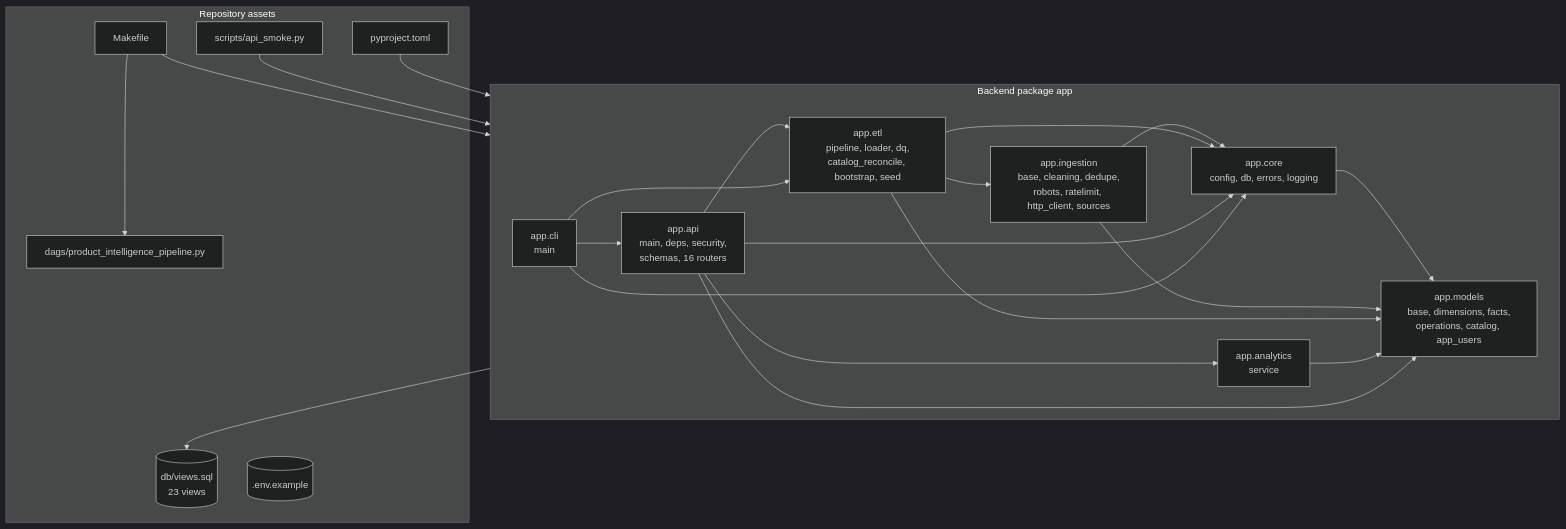
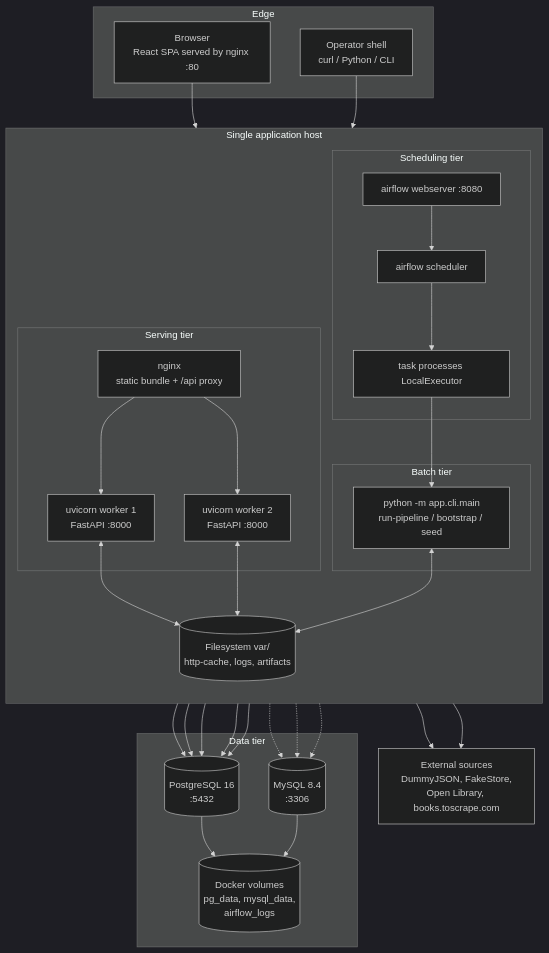
Before and after one commit to Ahmedbakr78/Web-to-Warehouse-Product-Intelligence-Pipeline: the diagram in docs/diagrams/out/docs-13_deployment_52.mmd, drawn with Mermaid (dark theme). The commit also changed 122 other files, not shown here.

```diff
--- a/docs/diagrams/out/docs-13_deployment_52.mmd
+++ b/docs/diagrams/out/docs-13_deployment_52.mmd
@@ -1,41 +1,55 @@
 
 flowchart TB
-    subgraph BACK["Backend package app"]
-        direction LR
-        CORE["app.core<br/>config, db, errors, logging"]
-        ING["app.ingestion<br/>base, cleaning, dedupe,<br/>robots, ratelimit, http_client, sources"]
-        ETL["app.etl<br/>pipeline, loader, dq,<br/>catalog_reconcile, bootstrap, seed"]
-        ANA["app.analytics<br/>service"]
-        API["app.api<br/>main, deps, security,<br/>schemas, 16 routers"]
-        MODELS["app.models<br/>base, dimensions, facts,<br/>operations, catalog, app_users"]
-        CLIM["app.cli<br/>main"]
+    subgraph EDGE["Edge"]
+        B["Browser<br/>React SPA served by nginx :80"]
+        CLI["Operator shell<br/>curl / Python / CLI"]
     end
 
-    subgraph ASSETS["Repository assets"]
-        SQL[("db/views.sql<br/>23 views")]
-        DAG["dags/product_intelligence_pipeline.py"]
-        MK["Makefile"]
-        ENV[(".env.example")]
-        SMOKE["scripts/api_smoke.py"]
-        CFG["pyproject.toml"]
+    subgraph HOST["Single application host"]
+        direction TB
+        subgraph SERVE["Serving tier"]
+            NG["nginx<br/>static bundle + /api proxy"]
+            API1["uvicorn worker 1<br/>FastAPI :8000"]
+            API2["uvicorn worker 2<br/>FastAPI :8000"]
+        end
+        subgraph SCHED["Scheduling tier"]
+            AFB["airflow webserver :8080"]
+            AFS["airflow scheduler"]
+            AFX["task processes LocalExecutor"]
+        end
+        subgraph JOBS["Batch tier"]
+            JOB["python -m app.cli.main<br/>run-pipeline / bootstrap / seed"]
+        end
+        FS[("Filesystem var/<br/>http-cache, logs, artifacts")]
     end
 
-    CORE --> MODELS
-    ING --> CORE
-    ING --> MODELS
-    ETL --> CORE
-    ETL --> ING
-    ETL --> MODELS
-    ANA --> MODELS
-    API --> ANA
-    API --> ETL
-    API --> MODELS
-    API --> CORE
-    CLIM --> ETL
-    CLIM --> API
-    CLIM --> CORE
-    ETL --> SQL
-    MK --> CLIM
-    MK --> DAG
-    SMOKE --> API
-    CFG --> CORE
+    subgraph DATA["Data tier"]
+        PG[("PostgreSQL 16<br/>:5432")]
+        MY[("MySQL 8.4<br/>:3306")]
+        VOL[("Docker volumes<br/>pg_data, mysql_data,<br/>airflow_logs")]
+    end
+
+    EXT["External sources<br/>DummyJSON, FakeStore,<br/>Open Library, books.toscrape.com"]
+
+    B --> NG
+    NG --> API1
+    NG --> API2
+    CLI --> API1
+    AFB --> AFS
+    AFS --> AFX
+    AFX --> JOB
+    API1 --> PG
+    API2 --> PG
+    API1 -.-> MY
+    API2 -.-> MY
+    AFB --> PG
+    AFX --> PG
+    JOB --> PG
+    JOB -.-> MY
+    PG --> VOL
+    MY --> VOL
+    API1 <--> FS
+    API2 <--> FS
+    JOB <--> FS
+    AFX --> EXT
+    JOB --> EXT
```
